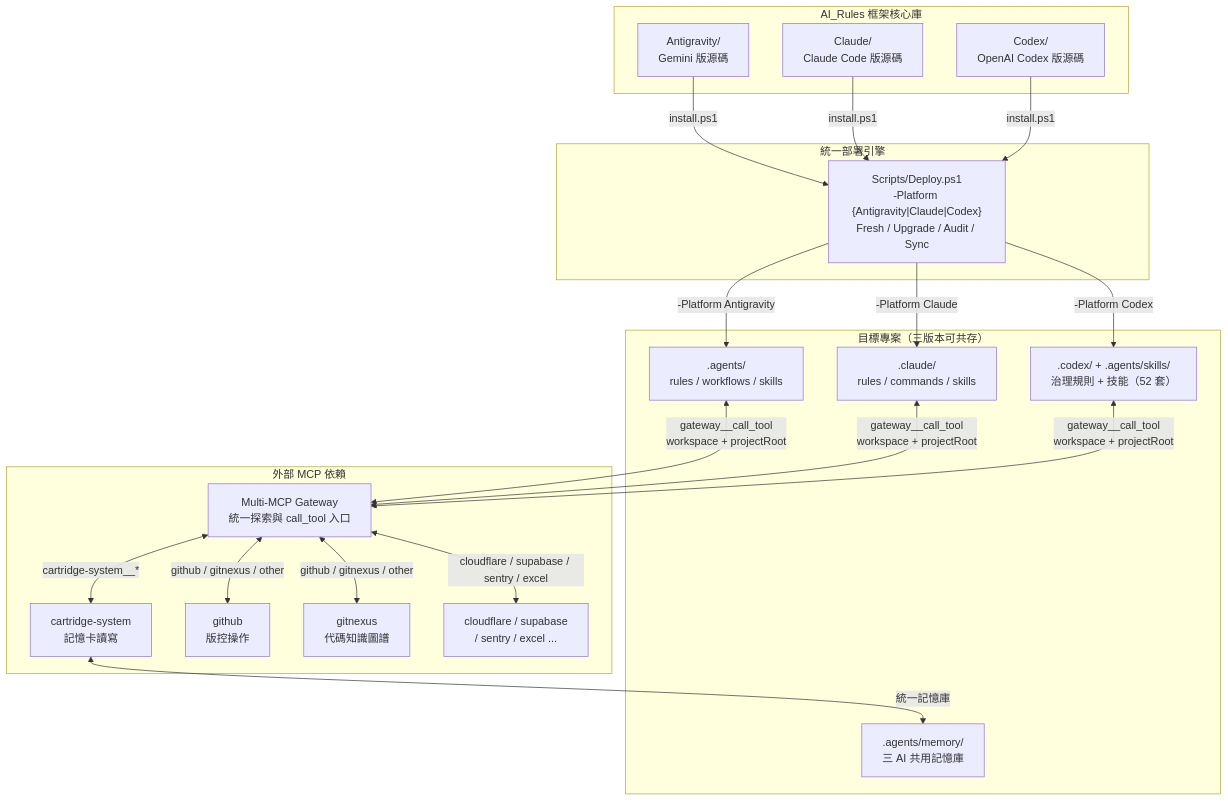
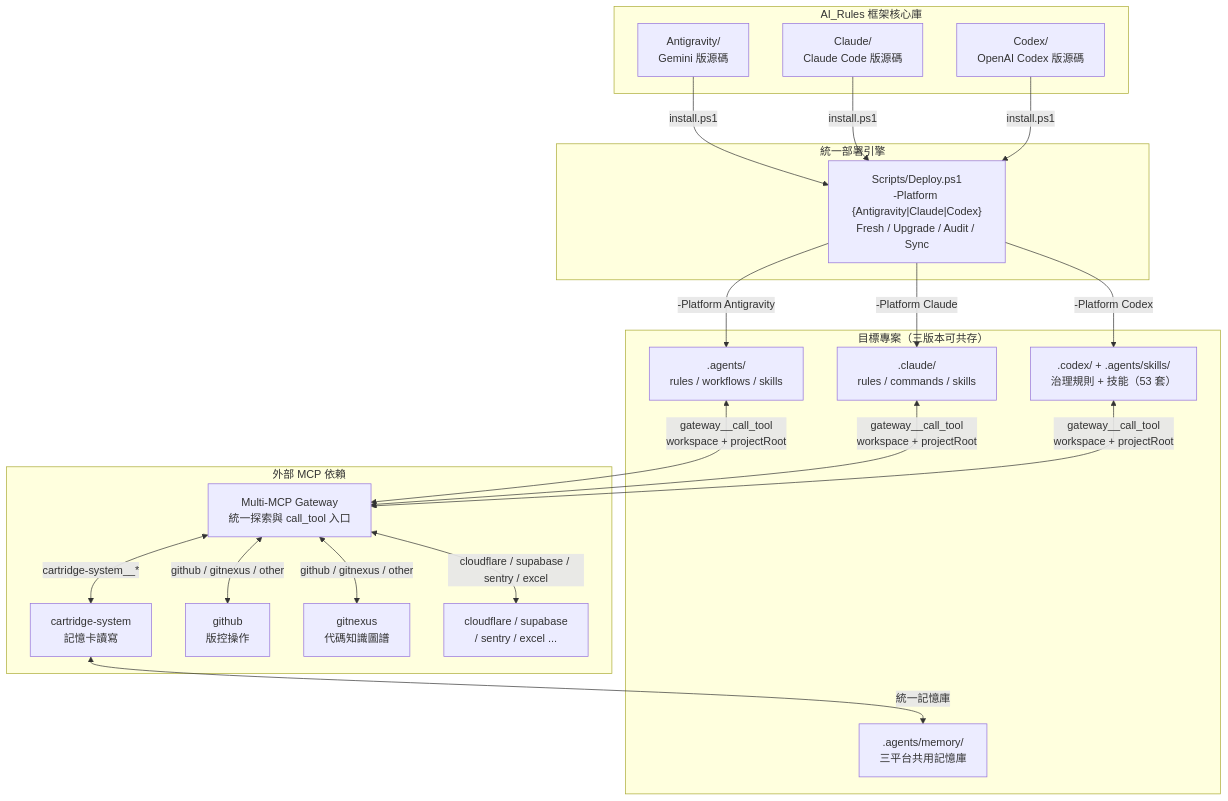
Before and after one commit to Kunshao1117/AI_Rules: the first of 3 diagrams in README.md, drawn with Mermaid. The commit also changed other lines of this file and 111 other files, not shown here.

````diff
--- a/README.md
+++ b/README.md
@@ -161,42 +163,42 @@
 ```mermaid
 graph TB
     subgraph "AI_Rules 框架核心庫"
         AG["Antigravity/<br/>Gemini 版源碼"]
         CL["Claude/<br/>Claude Code 版源碼"]
         CX["Codex/<br/>OpenAI Codex 版源碼"]
     end
 
     subgraph "統一部署引擎"
         DEPLOY["Scripts/Deploy.ps1<br/>-Platform {Antigravity|Claude|Codex}<br/>Fresh / Upgrade / Audit / Sync"]
     end
 
     subgraph "目標專案（三版本可共存）"
         AGE[".agents/<br/>rules / workflows / skills"]
         CLE[".claude/<br/>rules / commands / skills"]
-        CXE[".codex/ + .agents/skills/<br/>治理規則 + 技能（52 套）"]
-        MEM[".agents/memory/<br/>三 AI 共用記憶庫"]
+        CXE[".codex/ + .agents/skills/<br/>治理規則 + 技能（53 套）"]
+        MEM[".agents/memory/<br/>三平台共用記憶庫"]
     end
 
     subgraph "外部 MCP 依賴"
         GW["Multi-MCP Gateway<br/>統一探索與 call_tool 入口"]
         CART["cartridge-system<br/>記憶卡讀寫"]
         GH["github<br/>版控操作"]
         GN["gitnexus<br/>代碼知識圖譜"]
         OTHER["cloudflare / supabase<br/>/ sentry / excel ..."]
     end
 
     AG -->|"install.ps1"| DEPLOY
     CL -->|"install.ps1"| DEPLOY
     CX -->|"install.ps1"| DEPLOY
     DEPLOY -->|"-Platform Antigravity"| AGE
     DEPLOY -->|"-Platform Claude"| CLE
     DEPLOY -->|"-Platform Codex"| CXE
     AGE <-->|"gateway__call_tool<br/>workspace + projectRoot"| GW
     CLE <-->|"gateway__call_tool<br/>workspace + projectRoot"| GW
     CXE <-->|"gateway__call_tool<br/>workspace + projectRoot"| GW
     GW <-->|"cartridge-system__*"| CART
     GW <-->|"github / gitnexus / other"| GH
     GW <-->|"github / gitnexus / other"| GN
     GW <-->|"cloudflare / supabase / sentry / excel"| OTHER
     CART <-->|"統一記憶庫"| MEM
 ```
````
